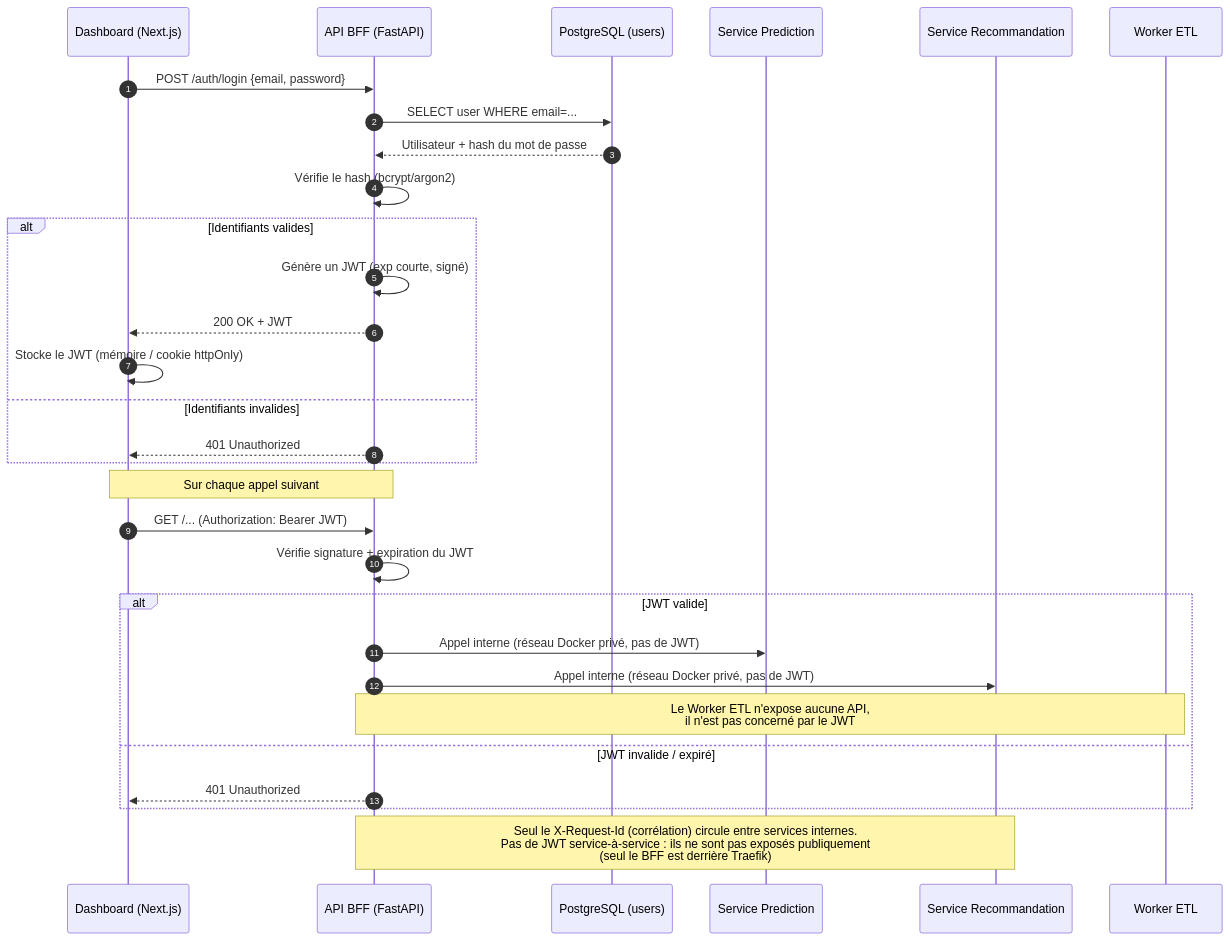
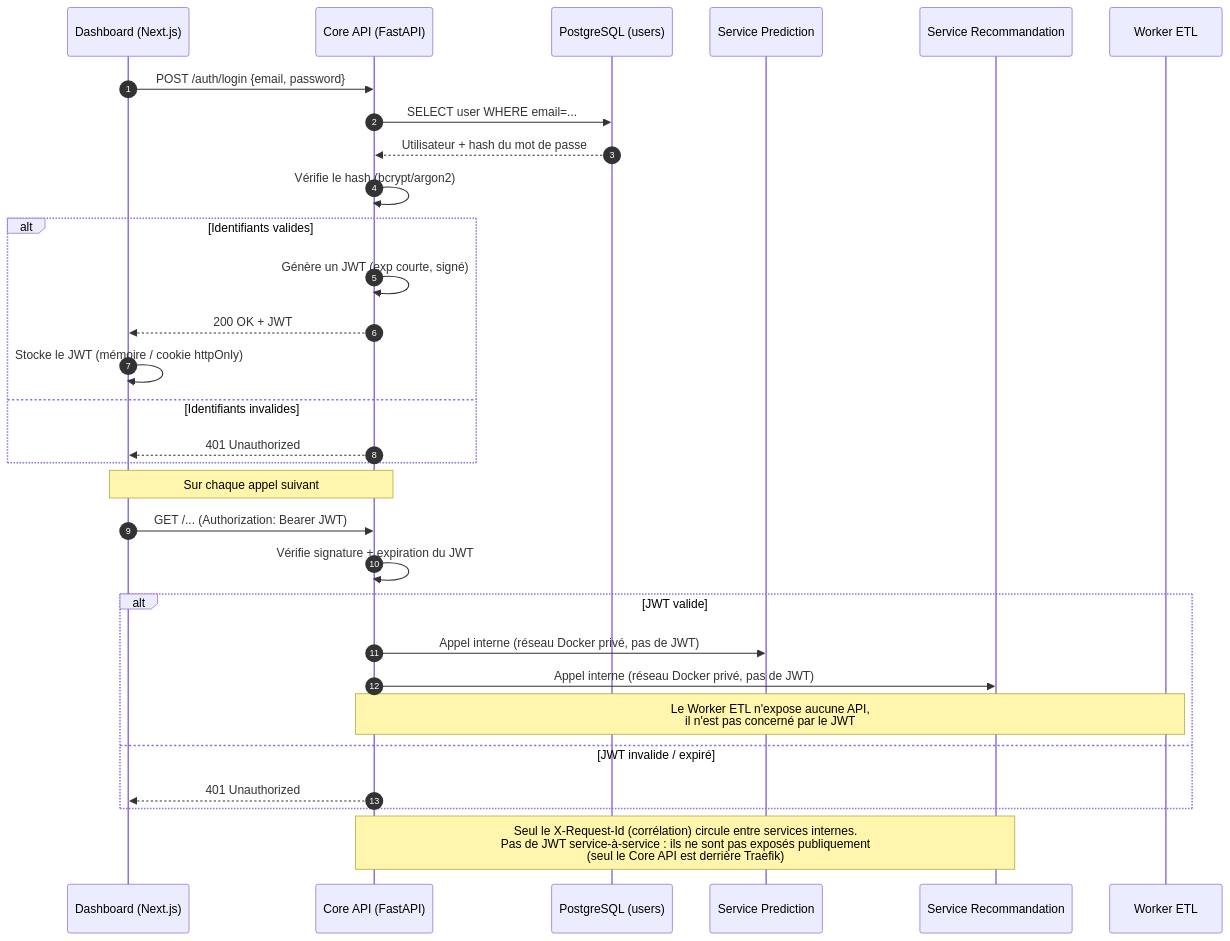
Before and after one commit to PetitPingu/EnerVision: the diagram in docs/seq_auth_token.md, drawn with Mermaid. The commit also changed other lines of this file and 13 other files, not shown here.

First line of the commit message:
docs: update architecture documentation and remove obsolete images

````diff
--- a/docs/seq_auth_token.md
+++ b/docs/seq_auth_token.md
@@ -5,35 +5,35 @@
 ```mermaid
 sequenceDiagram
     autonumber
     participant Client as Dashboard (Next.js)
-    participant BFF as API BFF (FastAPI)
+    participant Core as Core API (FastAPI)
     participant PG as PostgreSQL (users)
     participant Pred as Service Prediction
     participant Reco as Service Recommandation
     participant ETL as Worker ETL
 
-    Client->>BFF: POST /auth/login {email, password}
-    BFF->>PG: SELECT user WHERE email=...
-    PG-->>BFF: Utilisateur + hash du mot de passe
-    BFF->>BFF: Vérifie le hash (bcrypt/argon2)
+    Client->>Core: POST /auth/login {email, password}
+    Core->>PG: SELECT user WHERE email=...
+    PG-->>Core: Utilisateur + hash du mot de passe
+    Core->>Core: Vérifie le hash (bcrypt/argon2)
     alt Identifiants valides
-        BFF->>BFF: Génère un JWT (exp courte, signé)
-        BFF-->>Client: 200 OK + JWT
+        Core->>Core: Génère un JWT (exp courte, signé)
+        Core-->>Client: 200 OK + JWT
         Client->>Client: Stocke le JWT (mémoire / cookie httpOnly)
     else Identifiants invalides
-        BFF-->>Client: 401 Unauthorized
+        Core-->>Client: 401 Unauthorized
     end
 
-    Note over Client,BFF: Sur chaque appel suivant
-    Client->>BFF: GET /... (Authorization: Bearer JWT)
-    BFF->>BFF: Vérifie signature + expiration du JWT
+    Note over Client,Core: Sur chaque appel suivant
+    Client->>Core: GET /... (Authorization: Bearer JWT)
+    Core->>Core: Vérifie signature + expiration du JWT
     alt JWT valide
-        BFF->>Pred: Appel interne (réseau Docker privé, pas de JWT)
-        BFF->>Reco: Appel interne (réseau Docker privé, pas de JWT)
-        Note over BFF,ETL: Le Worker ETL n'expose aucune API,<br/>il n'est pas concerné par le JWT
+        Core->>Pred: Appel interne (réseau Docker privé, pas de JWT)
+        Core->>Reco: Appel interne (réseau Docker privé, pas de JWT)
+        Note over Core,ETL: Le Worker ETL n'expose aucune API,<br/>il n'est pas concerné par le JWT
     else JWT invalide / expiré
-        BFF-->>Client: 401 Unauthorized
+        Core-->>Client: 401 Unauthorized
     end
 
-    Note over BFF,Reco: Seul le X-Request-Id (corrélation) circule entre services internes.<br/>Pas de JWT service-à-service : ils ne sont pas exposés publiquement<br/>(seul le BFF est derrière Traefik)
+    Note over Core,Reco: Seul le X-Request-Id (corrélation) circule entre services internes.<br/>Pas de JWT service-à-service : ils ne sont pas exposés publiquement<br/>(seul le Core API est derrière Traefik)
 ```
````
